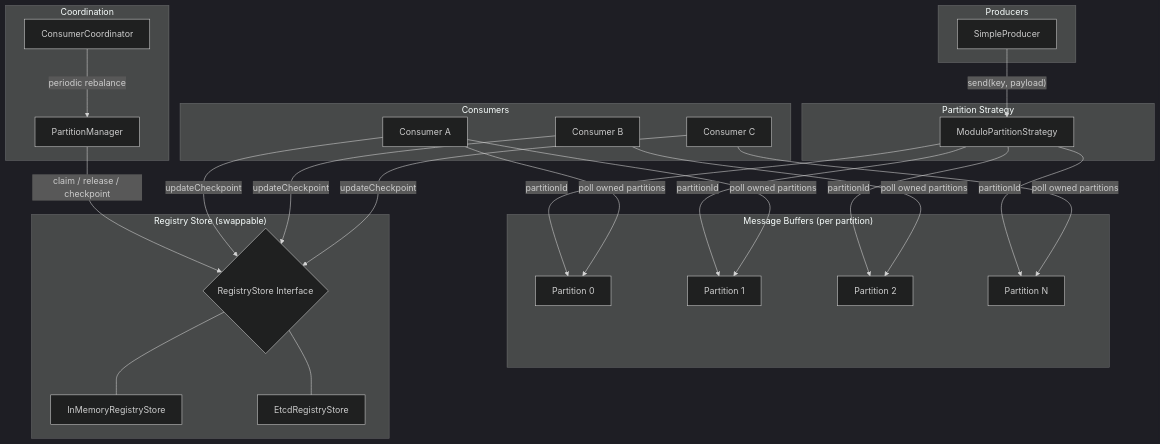
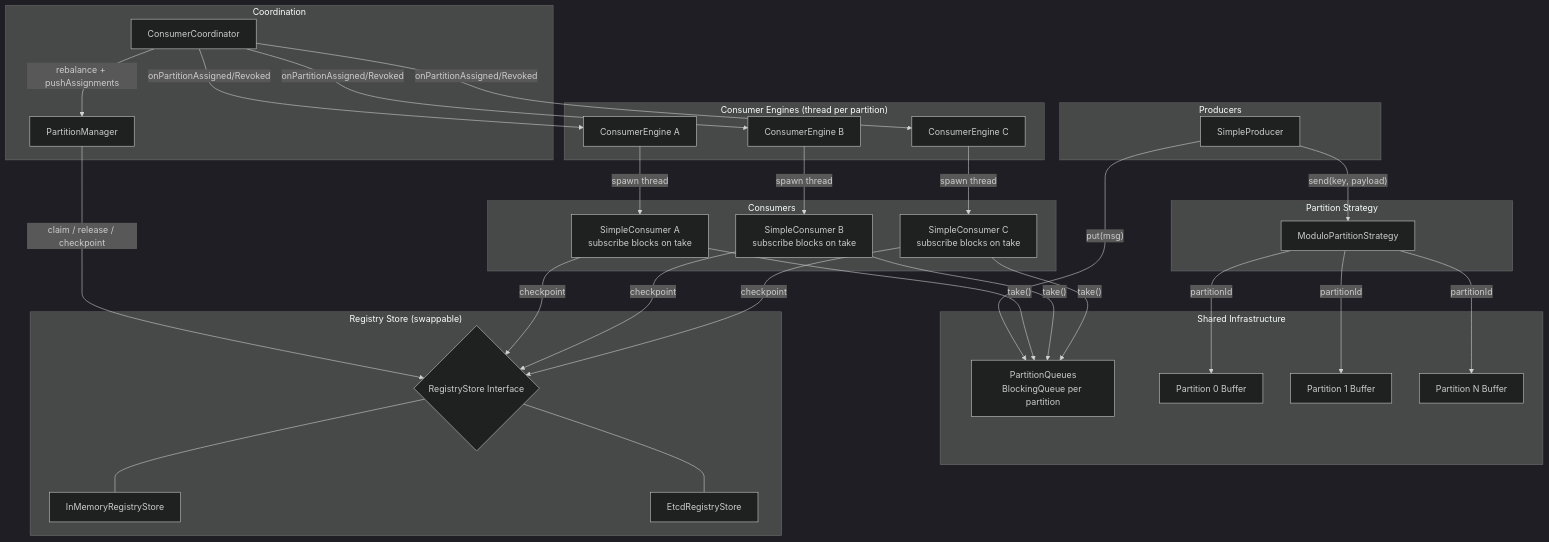
One commit to Prashant2603/pxrs changed the first of 11 diagrams in README.md. Above: the diagram before and after it, drawn with Mermaid (dark theme). The commit also changed other lines of this file and 23 other files, not shown here.

````diff
--- a/README.md
+++ b/README.md
@@ -46,54 +48,66 @@
 ```mermaid
 graph TB
     subgraph Producers
         P[SimpleProducer]
     end
 
     subgraph "Partition Strategy"
         PS[ModuloPartitionStrategy]
     end
 
-    subgraph "Message Buffers (per partition)"
-        B0[Partition 0]
-        B1[Partition 1]
-        B2[Partition 2]
-        BN[Partition N]
+    subgraph "Shared Infrastructure"
+        PQ[PartitionQueues<br/>BlockingQueue per partition]
+        B0[Partition 0 Buffer]
+        B1[Partition 1 Buffer]
+        BN[Partition N Buffer]
     end
 
     subgraph Coordination
         CC[ConsumerCoordinator]
         PM[PartitionManager]
     end
 
     subgraph "Registry Store (swappable)"
         RS{RegistryStore Interface}
         IM[InMemoryRegistryStore]
         ET[EtcdRegistryStore]
     end
 
+    subgraph "Consumer Engines (thread per partition)"
+        EA[ConsumerEngine A]
+        EB[ConsumerEngine B]
+        EC[ConsumerEngine C]
+    end
+
     subgraph Consumers
-        CA[Consumer A]
-        CB[Consumer B]
-        CX[Consumer C]
+        CA[SimpleConsumer A<br/>subscribe blocks on take]
+        CB[SimpleConsumer B<br/>subscribe blocks on take]
+        CX[SimpleConsumer C<br/>subscribe blocks on take]
     end
 
     P -->|"send(key, payload)"| PS
     PS -->|partitionId| B0
     PS -->|partitionId| B1
-    PS -->|partitionId| B2
     PS -->|partitionId| BN
+    P -->|"put(msg)"| PQ
 
-    CC -->|"periodic rebalance"| PM
+    CC -->|"rebalance + pushAssignments"| PM
+    CC -->|"onPartitionAssigned/Revoked"| EA
+    CC -->|"onPartitionAssigned/Revoked"| EB
+    CC -->|"onPartitionAssigned/Revoked"| EC
     PM -->|"claim / release / checkpoint"| RS
     RS --- IM
     RS --- ET
 
-    CA -->|"poll owned partitions"| B0
-    CA -->|"poll owned partitions"| B1
-    CB -->|"poll owned partitions"| B2
-    CX -->|"poll owned partitions"| BN
+    EA -->|"spawn thread"| CA
+    EB -->|"spawn thread"| CB
+    EC -->|"spawn thread"| CX
 
-    CA -->|"updateCheckpoint"| RS
-    CB -->|"updateCheckpoint"| RS
-    CX -->|"updateCheckpoint"| RS
+    CA -->|"take()"| PQ
+    CB -->|"take()"| PQ
+    CX -->|"take()"| PQ
+
+    CA -->|"checkpoint"| RS
+    CB -->|"checkpoint"| RS
+    CX -->|"checkpoint"| RS
 ```
````
